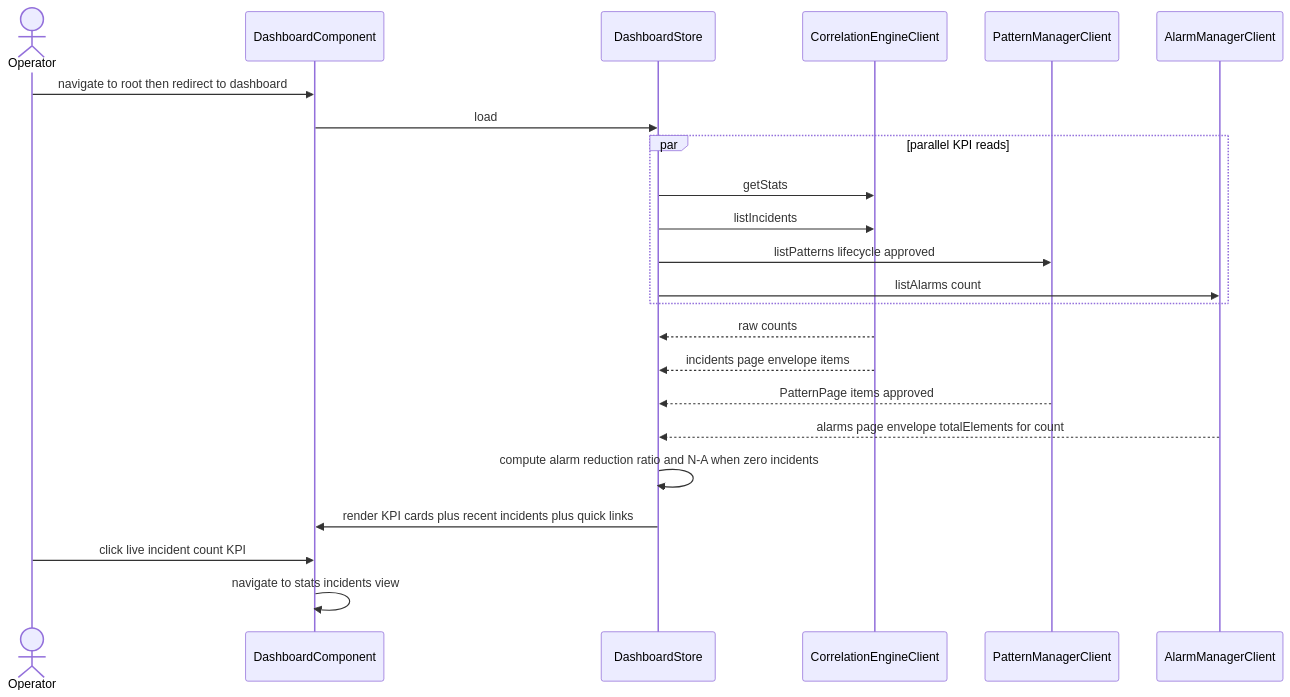
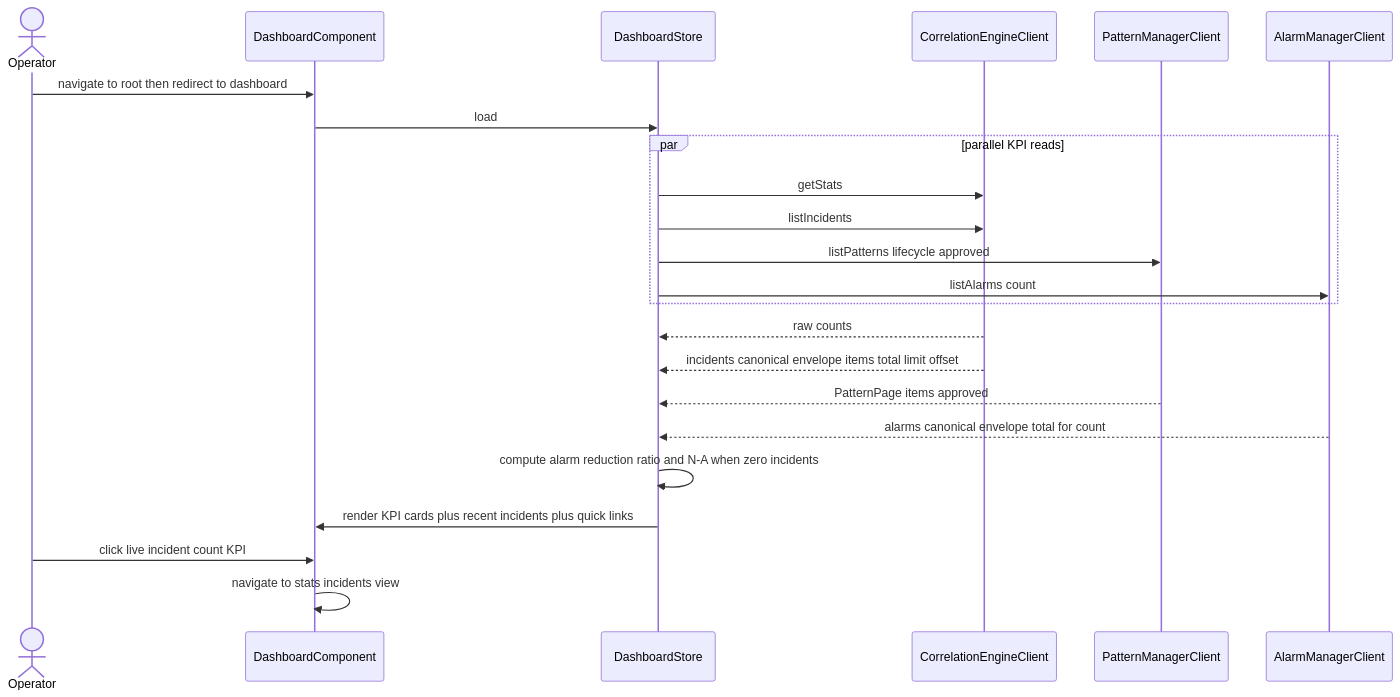
One commit to nikhilmohan/correlation-platform changed the fifth of 13 diagrams in services/web-ui/design.md. Above: the diagram before and after it, drawn with Mermaid. The commit also changed other lines of this file, not shown here.

First line of the commit message:
design(web-ui): align CE/AM pagination to canonical {items,total,limit,offset} envelope

````diff
--- a/services/web-ui/design.md
+++ b/services/web-ui/design.md
@@ -737,25 +740,25 @@
 ```mermaid
 sequenceDiagram
   actor Operator
   participant Dash as DashboardComponent
   participant Store as DashboardStore
   participant CEC as CorrelationEngineClient
   participant PMC as PatternManagerClient
   participant AMC as AlarmManagerClient
   Operator->>Dash: navigate to root then redirect to dashboard
   Dash->>Store: load
   par parallel KPI reads
     Store->>CEC: getStats
     Store->>CEC: listIncidents
     Store->>PMC: listPatterns lifecycle approved
     Store->>AMC: listAlarms count
   end
   CEC-->>Store: raw counts
-  CEC-->>Store: incidents page envelope items
+  CEC-->>Store: incidents canonical envelope items total limit offset
   PMC-->>Store: PatternPage items approved
-  AMC-->>Store: alarms page envelope totalElements for count
+  AMC-->>Store: alarms canonical envelope total for count
   Store->>Store: compute alarm reduction ratio and N-A when zero incidents
   Store->>Dash: render KPI cards plus recent incidents plus quick links
   Operator->>Dash: click live incident count KPI
   Dash->>Dash: navigate to stats incidents view
 ```
````
